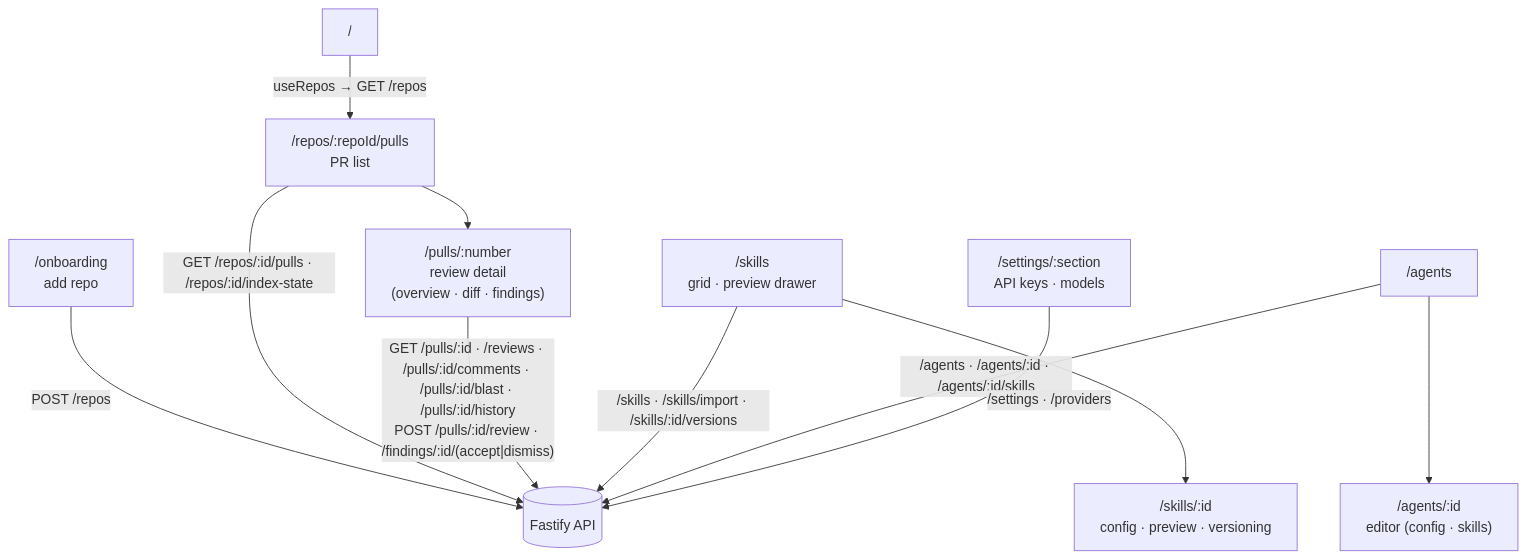
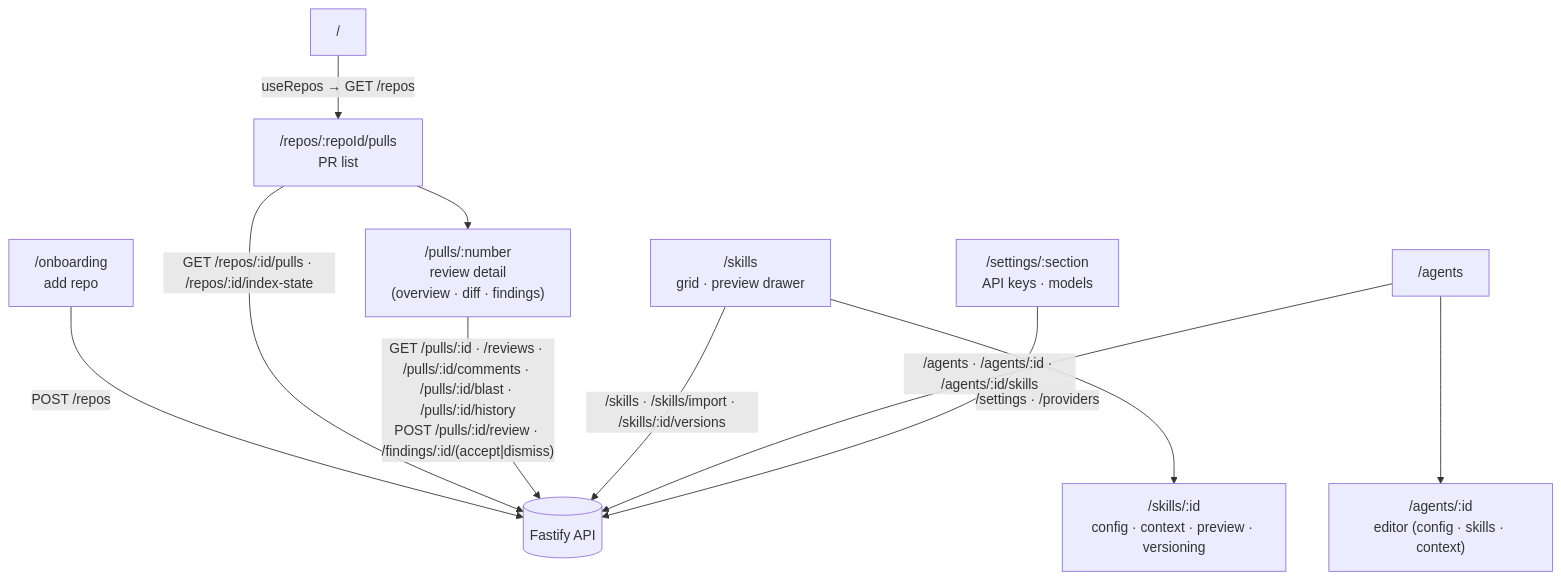
One commit to BalakaMd/dev-digest changed the diagram in client/README.md. Above: the diagram before and after it, drawn with Mermaid. The commit also changed 183 other files, not shown here.

````diff
--- a/client/README.md
+++ b/client/README.md
@@ -24,16 +24,16 @@
 ```mermaid
 flowchart TD
   ROOT["/"] -->|"useRepos → GET /repos"| PULLS["/repos/:repoId/pulls<br/>PR list"]
   ONB["/onboarding<br/>add repo"] -->|"POST /repos"| API[("Fastify API")]
   PULLS --> PR["/pulls/:number<br/>review detail<br/>(overview · diff · findings)"]
 
-  SKILLS["/skills<br/>grid · preview drawer"] --> SKILL["/skills/:id<br/>config · preview · versioning"]
-  AGENTS["/agents"] --> AGENT["/agents/:id<br/>editor (config · skills)"]
+  SKILLS["/skills<br/>grid · preview drawer"] --> SKILL["/skills/:id<br/>config · context · preview · versioning"]
+  AGENTS["/agents"] --> AGENT["/agents/:id<br/>editor (config · skills · context)"]
   SETTINGS["/settings/:section<br/>API keys · models"]
 
   PULLS -->|"GET /repos/:id/pulls · /repos/:id/index-state"| API
   PR -->|"GET /pulls/:id · /reviews · /pulls/:id/comments · /pulls/:id/blast · /pulls/:id/history<br/>POST /pulls/:id/review · /findings/:id/(accept|dismiss)"| API
   SKILLS -->|"/skills · /skills/import · /skills/:id/versions"| API
   AGENTS -->|"/agents · /agents/:id · /agents/:id/skills"| API
   SETTINGS -->|"/settings · /providers"| API
 ```
````
